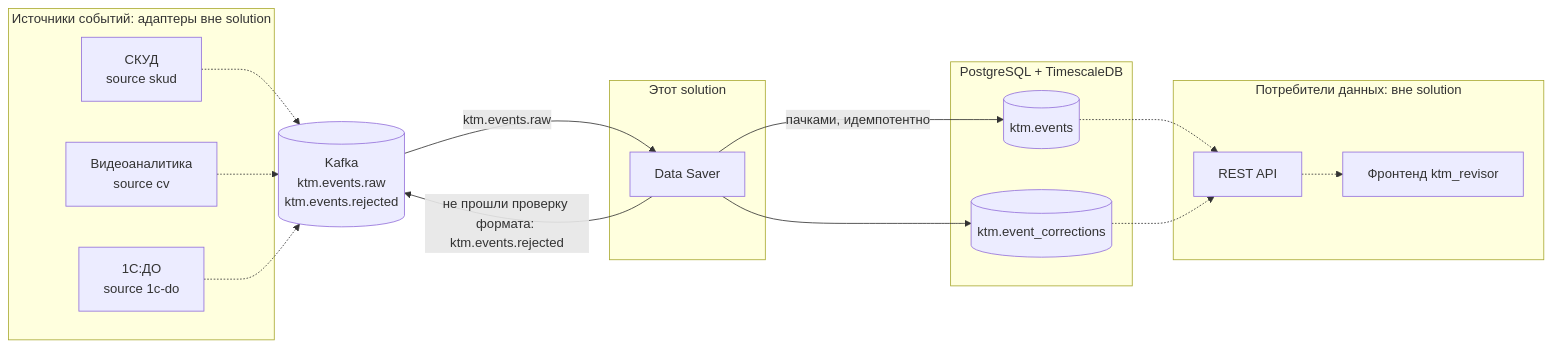
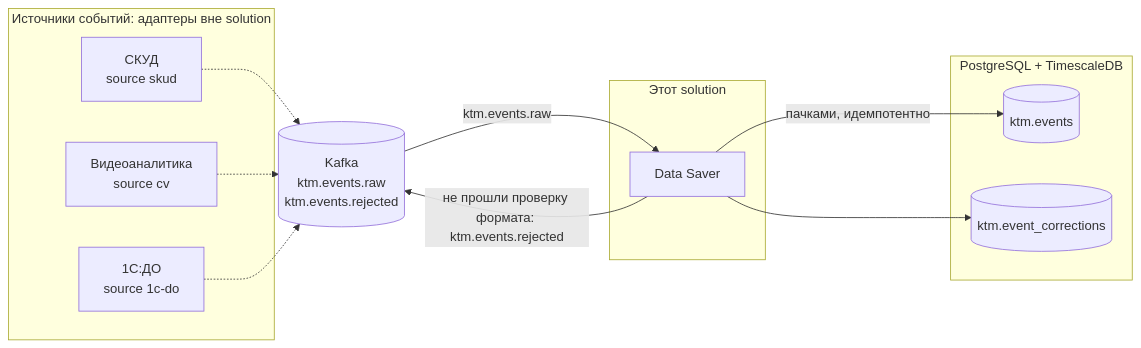
The first of 3 diagrams in src/README.md (mmg163/ktm_backend), drawn with Mermaid before and after one commit.

Commit message:
README: из верхнеуровневой схемы убраны потребители данных

````diff
--- a/src/README.md
+++ b/src/README.md
@@ -31,35 +31,27 @@
 ```mermaid
 flowchart LR
     subgraph SRC[Источники событий: адаптеры вне solution]
         SKUD[СКУД<br/>source skud]
         CV[Видеоаналитика<br/>source cv]
         DO[1С:ДО<br/>source 1c-do]
     end
 
     K[(Kafka<br/>ktm.events.raw<br/>ktm.events.rejected)]
 
     subgraph THIS[Этот solution]
         DS[Data Saver]
     end
 
     subgraph DB[PostgreSQL + TimescaleDB]
         EV[(ktm.events)]
         COR[(ktm.event_corrections)]
     end
 
-    subgraph CONS[Потребители данных: вне solution]
-        API[REST API]
-        FE[Фронтенд ktm_revisor]
-    end
-
     SKUD -.-> K
     CV -.-> K
     DO -.-> K
     K -->|ktm.events.raw| DS
     DS -->|не прошли проверку формата: ktm.events.rejected| K
     DS -->|пачками, идемпотентно| EV
     DS --> COR
-    EV -.-> API
-    COR -.-> API
-    API -.-> FE
 ```
````
